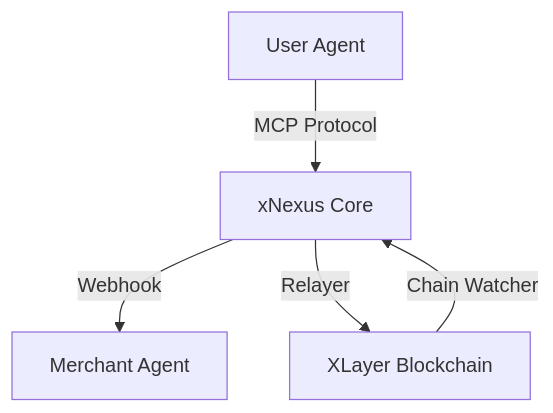
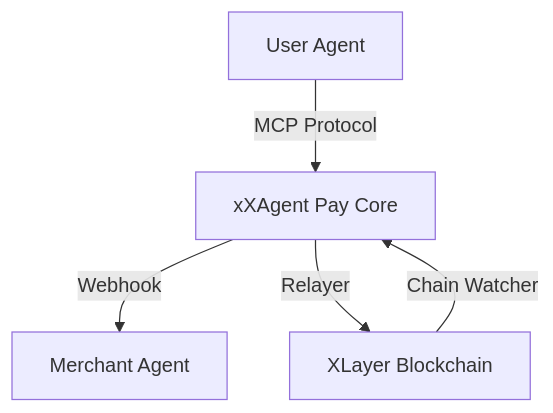
The diagram in README.md (rocloveai/XAgentPay-public), drawn with Mermaid before and after one commit. The commit also changed other lines of this file and 59 other files, not shown here.

First line of the commit message:
docs: rebrand Nexus→XAgent Pay, PlatON→XLayer across all documentation

````diff
--- a/README.md
+++ b/README.md
@@ -18,7 +18,7 @@
 ```mermaid
 graph TD
-    UA[User Agent] -- MCP Protocol --> NPC[xNexus Core]
+    UA[User Agent] -- MCP Protocol --> NPC[xXAgent Pay Core]
     NPC -- Webhook --> MA[Merchant Agent]
     NPC -- Relayer --> BC[XLayer Blockchain]
     BC -- Chain Watcher --> NPC
 ```
````
